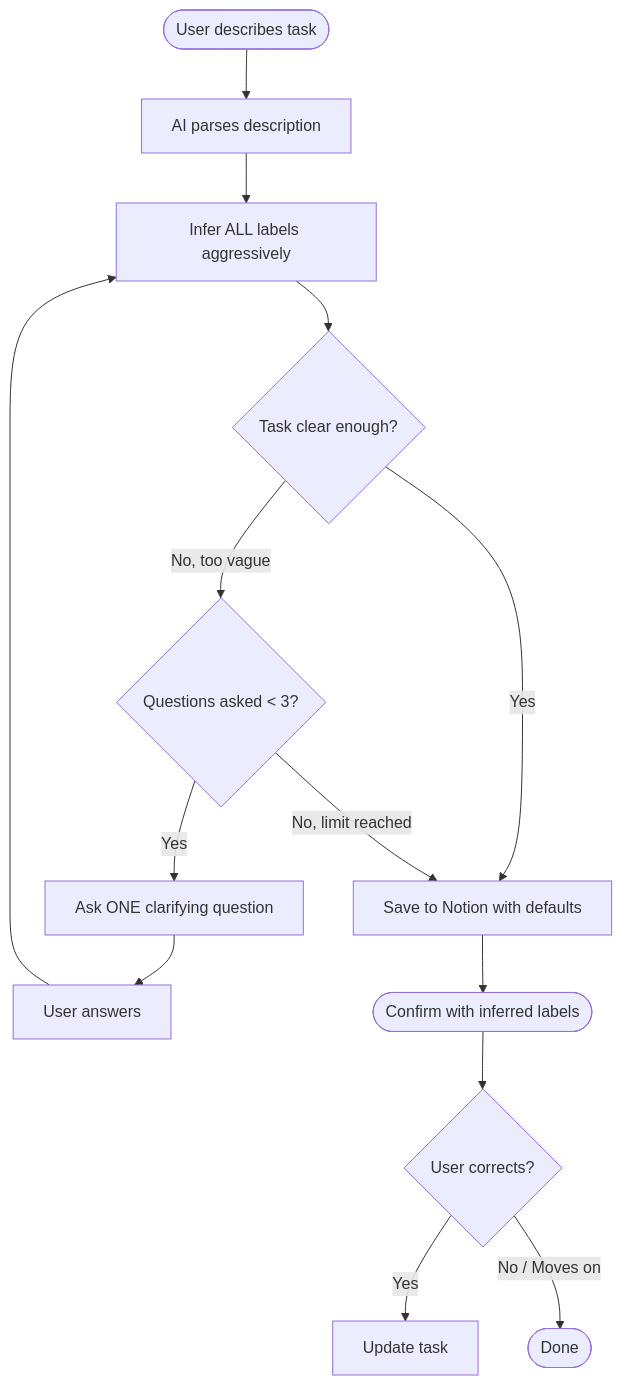
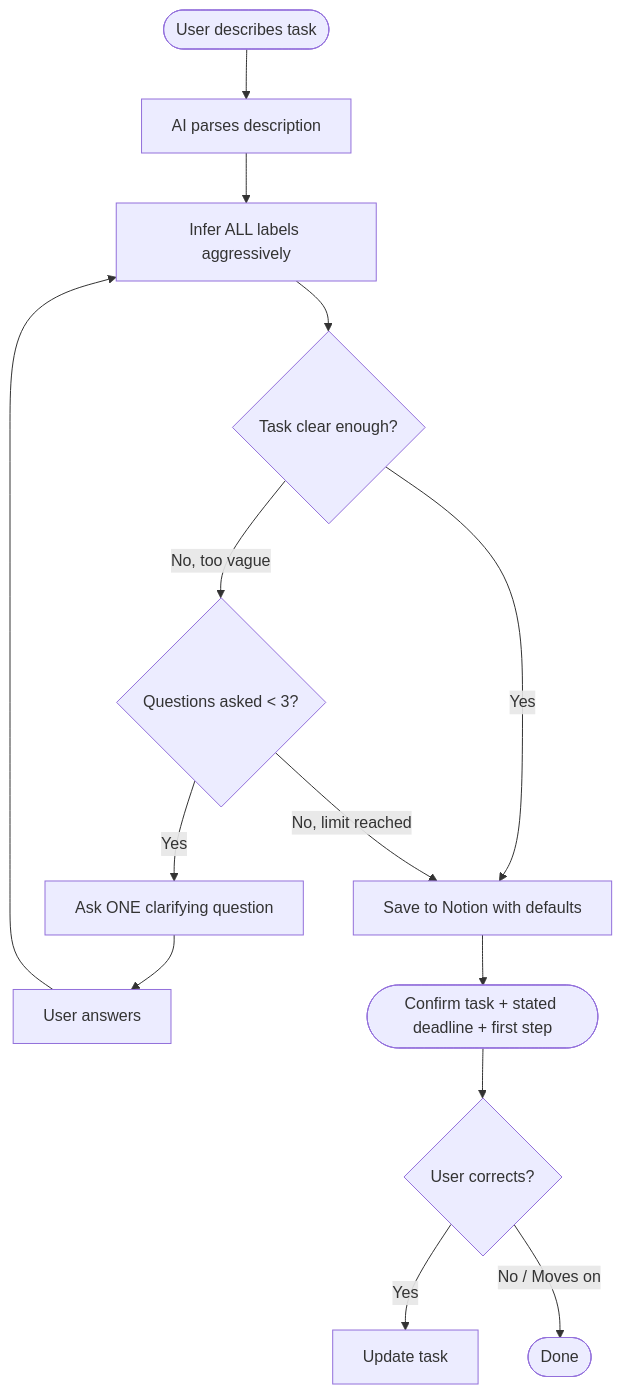
The third of 28 diagrams in docs/user-interactions.md (NickBorgersProbably/hide-my-list), drawn with Mermaid before and after one commit. The commit also changed other lines of this file and 11 other files, not shown here.

````diff
--- a/docs/user-interactions.md
+++ b/docs/user-interactions.md
@@ -88,16 +106,16 @@
 ```mermaid
 flowchart TD
     Start([User describes task]) --> Parse[AI parses description]
     Parse --> Infer[Infer ALL labels aggressively]
     Infer --> Clear{Task clear enough?}
     Clear -->|Yes| Save[Save to Notion with defaults]
     Clear -->|No, too vague| AskCount{Questions asked < 3?}
     AskCount -->|Yes| Ask[Ask ONE clarifying question]
     AskCount -->|No, limit reached| Save
     Ask --> UserAnswer[User answers]
     UserAnswer --> Infer
-    Save --> Confirm([Confirm with inferred labels])
+    Save --> Confirm([Confirm task + stated deadline + first step])
     Confirm --> Correction{User corrects?}
     Correction -->|Yes| Update[Update task]
     Correction -->|No / Moves on| Done([Done])
 ```
````
